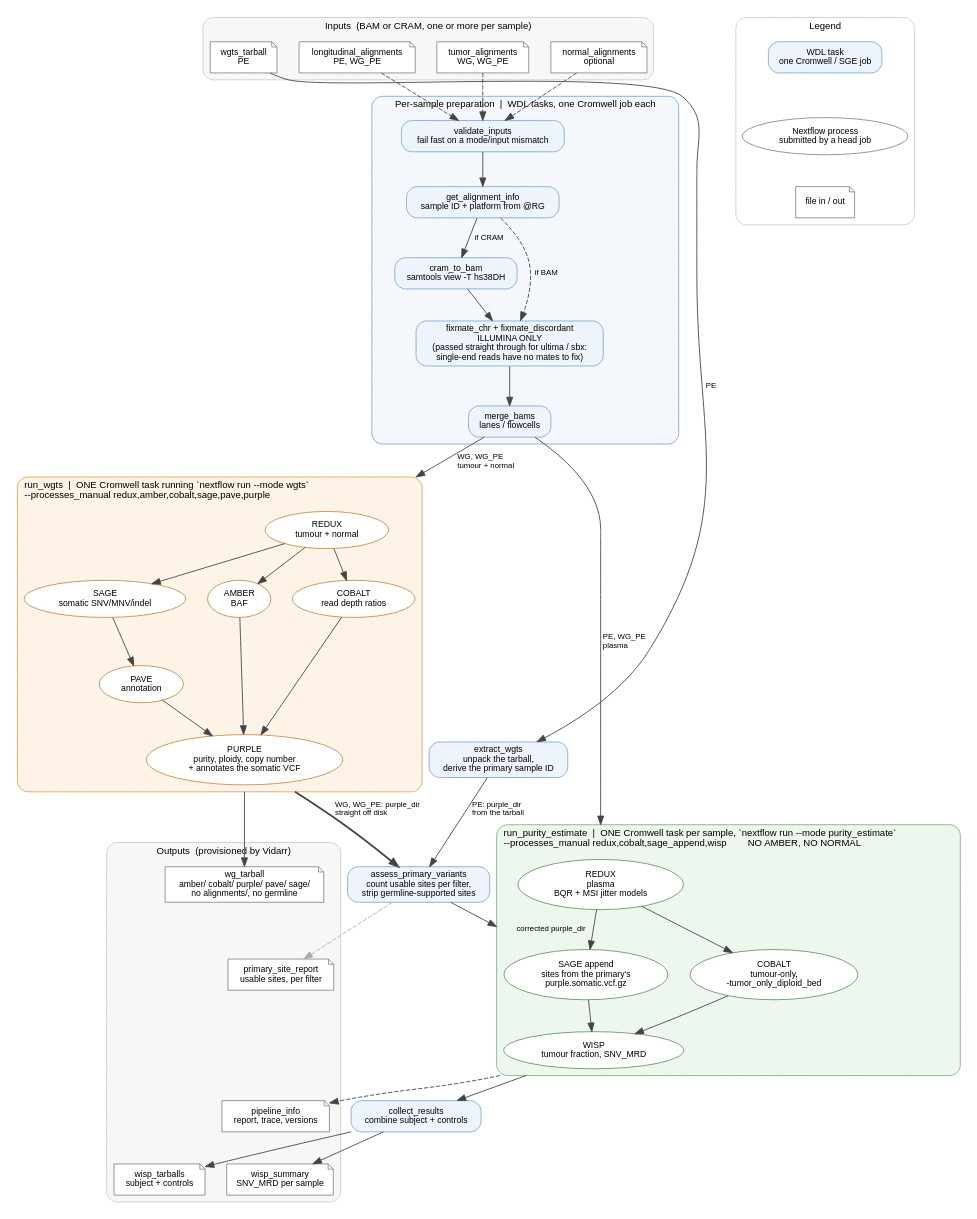
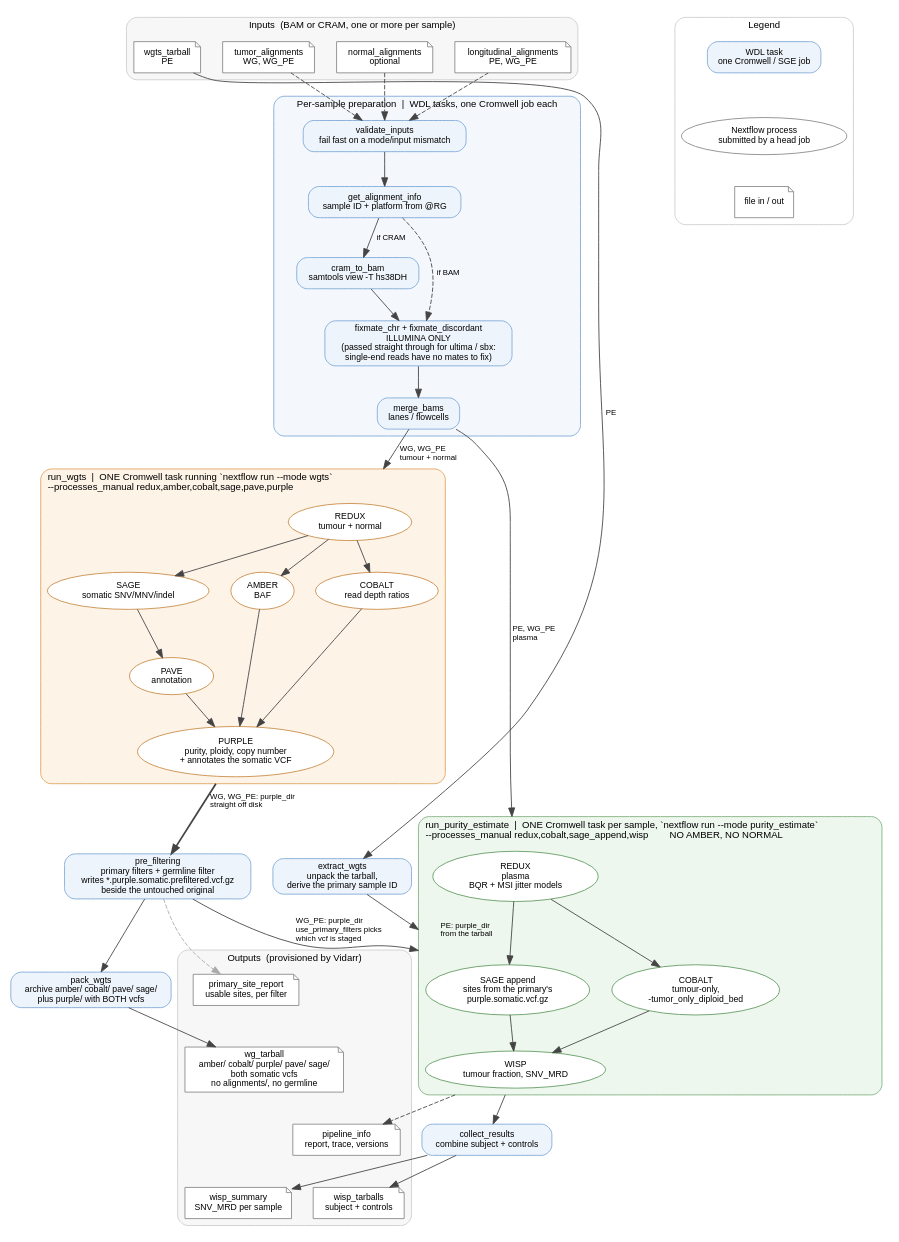
Before and after one commit to oicr-gsi/purityEstimateV3: the diagram in docs/purityEstimateV3.dot, drawn with Graphviz. The commit also changed 6 other files, not shown here.

Commit message:
pre-filter the primary vcf in WG mode and ship both vcfs; PE chooses which to use

```diff
--- a/docs/purityEstimateV3.dot
+++ b/docs/purityEstimateV3.dot
@@ -1,153 +1,156 @@
 // purityEstimateV3 workflow diagram.
 //
 // Source of truth for docs/purityEstimateV3.svg, which README.md references. Regenerate:
 //     bash v3/render.sh            (SVG only)
 //     bash v3/render.sh --png      (also the PNG for a Confluence attachment)
 //
 // The SVG is committed; the PNG is gitignored and rendered on demand.
 //
 // The point of this diagram is the two things people get wrong when reading a run:
 //   1. which mode runs which stage
 //   2. where Cromwell stops and Nextflow starts (the two head-job boxes)
 // So WDL tasks are rounded boxes and Nextflow processes are ellipses. Only the
 // per-sample prep tasks are clustered; extract_wgts and collect_results are left loose
 // so graphviz can place them at the stage they actually belong to, which keeps the
 // whole graph flowing top to bottom instead of sprawling sideways.
 
 digraph purityEstimateV3 {
     rankdir=TB;
     compound=true;
     newrank=true;
     bgcolor="white";
     node [fontname="Helvetica" fontsize=10 style="filled" color="#444444"];
     edge [fontname="Helvetica" fontsize=9 color="#444444"];
     graph [fontname="Helvetica" fontsize=11 labeljust=l];
     nodesep=0.35; ranksep=0.5;
 
     // WDL task style, used for both clustered and loose tasks.
     node [shape=box style="filled,rounded" fillcolor="#eef4fb" color="#7ba7d7"];
 
     // ---------------------------------------------------------------- inputs
     subgraph cluster_inputs {
         label="Inputs  (BAM or CRAM, one or more per sample)";
         labeljust=c;
         style="filled,rounded"; fillcolor="#f7f7f7"; color="#cccccc";
         node [shape=note fillcolor="#ffffff" color="#888888"];
         in_tumor  [label="tumor_alignments\nWG, WG_PE"];
         in_normal [label="normal_alignments\noptional"];
         in_long   [label="longitudinal_alignments\nPE, WG_PE"];
         in_tar    [label="wgts_tarball\nPE"];
     }
 
     // ------------------------------------------- per-sample preparation (WDL)
     subgraph cluster_prep {
         label="Per-sample preparation  |  WDL tasks, one Cromwell job each";
         style="filled,rounded"; fillcolor="#f4f8fd"; color="#7ba7d7";
 
         validate [label="validate_inputs\nfail fast on a mode/input mismatch"];
         info     [label="get_alignment_info\nsample ID + platform from @RG"];
         cram     [label="cram_to_bam\nsamtools view -T hs38DH"];
         fixmate  [label="fixmate_chr + fixmate_discordant\nILLUMINA ONLY\n(passed straight through for ultima / sbx:\nsingle-end reads have no mates to fix)"];
         merge    [label="merge_bams\nlanes / flowcells"];
 
         // The single-end skip is stated in the fixmate node label rather than as an
         // extra cram -> merge edge: that edge's label landed on top of the fixmate node.
         validate -> info;
         info -> cram    [label="  if CRAM"];
         info -> fixmate [label="  if BAM" style=dashed];
         cram -> fixmate;
         fixmate -> merge;
     }
 
     // ------------------------------------------------------- WG head job
     subgraph cluster_wg {
         label="run_wgts  |  ONE Cromwell task running `nextflow run --mode wgts`\l--processes_manual redux,amber,cobalt,sage,pave,purple\l";
         style="filled,rounded"; fillcolor="#fdf3e7"; color="#e0a35c";
         node [shape=ellipse style=filled fillcolor="#ffffff" color="#c98a45"];
         wg_redux  [label="REDUX\ntumour + normal"];
         wg_sage   [label="SAGE\nsomatic SNV/MNV/indel"];
         wg_pave   [label="PAVE\nannotation"];
         wg_amber  [label="AMBER\nBAF"];
         wg_cobalt [label="COBALT\nread depth ratios"];
         wg_purple [label="PURPLE\npurity, ploidy, copy number\n+ annotates the somatic VCF"];
 
         wg_redux -> wg_sage;
         wg_redux -> wg_amber;
         wg_redux -> wg_cobalt;
         wg_sage  -> wg_pave;
         wg_pave   -> wg_purple;
         wg_amber  -> wg_purple;
         wg_cobalt -> wg_purple;
         { rank=same; wg_sage; wg_amber; wg_cobalt; }
     }
 
     // ------------------------------------------------------- PE head job
     subgraph cluster_pe {
         label="run_purity_estimate  |  ONE Cromwell task per sample, `nextflow run --mode purity_estimate`\l--processes_manual redux,cobalt,sage_append,wisp        NO AMBER, NO NORMAL\l";
         style="filled,rounded"; fillcolor="#eef7ee"; color="#7fb07f";
         node [shape=ellipse style=filled fillcolor="#ffffff" color="#5f9a5f"];
         pe_redux  [label="REDUX\nplasma\nBQR + MSI jitter models"];
         pe_sage   [label="SAGE append\nsites from the primary's\npurple.somatic.vcf.gz"];
         pe_cobalt [label="COBALT\ntumour-only,\n-tumor_only_diploid_bed"];
         pe_wisp   [label="WISP\ntumour fraction, SNV_MRD"];
 
         pe_redux -> pe_sage;
         pe_redux -> pe_cobalt;
         pe_sage -> pe_wisp;
         pe_cobalt -> pe_wisp;
         { rank=same; pe_sage; pe_cobalt; }
     }
 
     // ------------------------------------------------- loose WDL tasks
     extract [label="extract_wgts\nunpack the tarball,\nderive the primary sample ID"];
-    assess  [label="assess_primary_variants\ncount usable sites per filter,\nstrip germline-supported sites"];
+    prefilt [label="pre_filtering\nprimary filters + germline filter\nwrites *.purple.somatic.prefiltered.vcf.gz\nbeside the untouched original"];
+    pack    [label="pack_wgts\narchive amber/ cobalt/ pave/ sage/\nplus purple/ with BOTH vcfs"];
     collect [label="collect_results\ncombine subject + controls"];
 
     // ---------------------------------------------------------------- outputs
     subgraph cluster_out {
         label="Outputs  (provisioned by Vidarr)";
         labeljust=c;
         style="filled,rounded"; fillcolor="#f7f7f7"; color="#cccccc";
         node [shape=note fillcolor="#ffffff" color="#888888"];
-        out_tar  [label="wg_tarball\namber/ cobalt/ purple/ pave/ sage/\nno alignments/, no germline"];
+        out_tar  [label="wg_tarball\namber/ cobalt/ purple/ pave/ sage/\nboth somatic vcfs\nno alignments/, no germline"];
         out_sum  [label="wisp_summary\nSNV_MRD per sample"];
         out_wisp [label="wisp_tarballs\nsubject + controls"];
         out_info [label="pipeline_info\nreport, trace, versions"];
         out_rep  [label="primary_site_report\nusable sites, per filter"];
     }
 
     // ------------------------------------------------------------------ wiring
     in_tumor  -> validate [style=dashed];
     in_normal -> validate [style=dashed];
     in_long   -> validate [style=dashed];
     in_tar    -> extract  [label="  PE" constraint=false];
 
     merge -> wg_redux [lhead=cluster_wg label="  WG, WG_PE\l  tumour + normal\l"];
     merge -> pe_redux [lhead=cluster_pe label="  PE, WG_PE\l  plasma\l"];
 
-    wg_purple -> out_tar [ltail=cluster_wg];
-    extract   -> assess  [label="  PE: purple_dir\l  from the tarball\l"];
-    wg_purple -> assess  [ltail=cluster_wg style=bold
+    wg_purple -> prefilt [ltail=cluster_wg style=bold
                           label="  WG, WG_PE: purple_dir\l  straight off disk\l"];
-    assess    -> pe_sage [lhead=cluster_pe label="  corrected purple_dir"];
-    assess    -> out_rep [style=dashed color="#aaaaaa"];
+    prefilt   -> pack;
+    pack      -> out_tar;
+    prefilt   -> out_rep [style=dashed color="#aaaaaa"];
+
+    extract   -> pe_sage [lhead=cluster_pe label="  PE: purple_dir\l  from the tarball\l"];
+    prefilt   -> pe_sage [lhead=cluster_pe label="  WG_PE: purple_dir\l  use_primary_filters picks\l  which vcf is staged\l"];
 
     pe_wisp -> collect  [ltail=cluster_pe];
     pe_wisp -> out_info [ltail=cluster_pe style=dashed];
     collect -> out_sum;
     collect -> out_wisp;
 
     // ------------------------------------------------------------------ legend
     subgraph cluster_legend {
         label="Legend";
         labeljust=c;
         style="filled,rounded"; fillcolor="#ffffff"; color="#cccccc";
         l_wdl  [shape=box style="filled,rounded" fillcolor="#eef4fb" color="#7ba7d7"
                 label="WDL task\none Cromwell / SGE job"];
         l_nf   [shape=ellipse style=filled fillcolor="#ffffff" color="#888888"
                 label="Nextflow process\nsubmitted by a head job"];
         l_file [shape=note style=filled fillcolor="#ffffff" color="#888888"
                 label="file in / out"];
         l_wdl -> l_nf -> l_file [style=invis];
     }
 }
```
